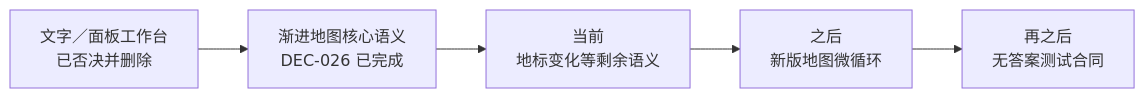
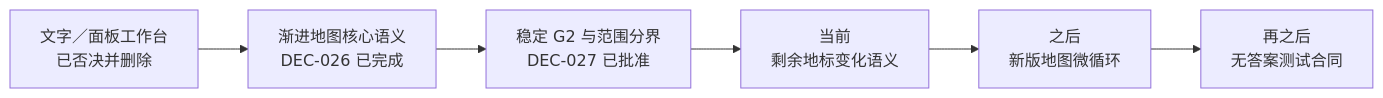
Diagram 17 of 17 in docs/project/overview/03-MILESTONES.md (NomuTsuki/zhangyan), drawn with Mermaid before and after one commit. The commit also changed other lines of this file and 19 other files, not shown here.

````diff
--- a/docs/project/overview/03-MILESTONES.md
+++ b/docs/project/overview/03-MILESTONES.md
@@ -279,7 +279,8 @@
 ```mermaid
 flowchart LR
     Old["文字／面板工作台<br/>已否决并删除"] --> Semantics["渐进地图核心语义<br/>DEC-026 已完成"]
-    Semantics --> Landmark["当前<br/>地标变化等剩余语义"]
+    Semantics --> StableG2["稳定 G2 与范围分界<br/>DEC-027 已批准"]
+    StableG2 --> Landmark["当前<br/>剩余地标变化语义"]
     Landmark --> Prototype["之后<br/>新版地图微循环"]
     Prototype --> Contract["再之后<br/>无答案测试合同"]
 ```
````
